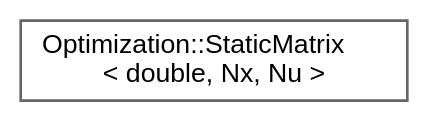
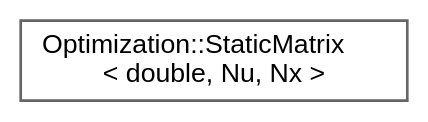
The diagram in inherit_graph_70.dot (jswoo0615/Algorithms_for_Optimization_cpp), drawn with Graphviz before and after one commit. The commit also changed 109 other files, not shown here.

```diff
--- a/inherit_graph_70.dot
+++ b/inherit_graph_70.dot
@@ -1,9 +1,9 @@
 digraph "Graphical Class Hierarchy"
 {
  // LATEX_PDF_SIZE
   bgcolor="transparent";
   edge [fontname=Helvetica,fontsize=10,labelfontname=Helvetica,labelfontsize=10];
   node [fontname=Helvetica,fontsize=10,shape=box,height=0.2,width=0.4];
   rankdir="LR";
-  Node0 [id="Node000000",label="Optimization::StaticMatrix\l\< double, Nx, Nu \>",height=0.2,width=0.4,color="grey40", fillcolor="white", style="filled",URL="$classOptimization_1_1StaticMatrix.html",tooltip=" "];
+  Node0 [id="Node000000",label="Optimization::StaticMatrix\l\< double, Nu, Nx \>",height=0.2,width=0.4,color="grey40", fillcolor="white", style="filled",URL="$classOptimization_1_1StaticMatrix.html",tooltip=" "];
 }
```
